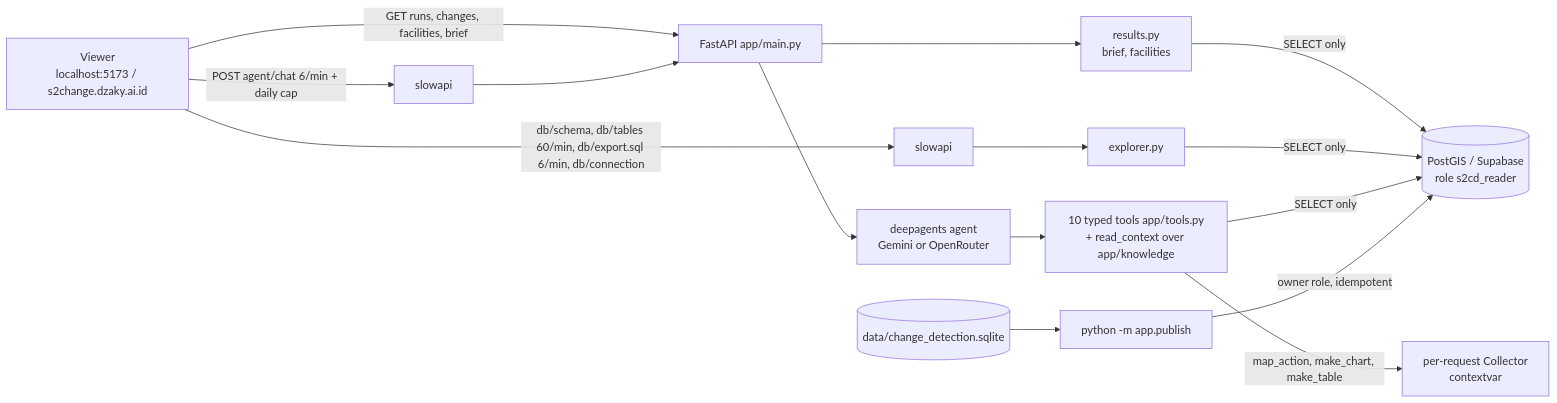
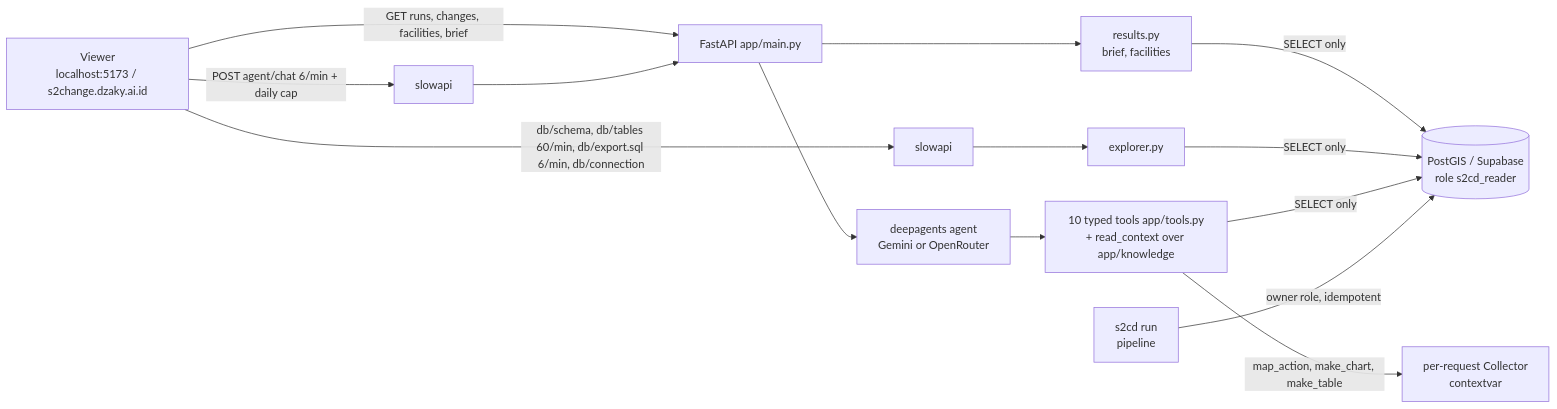
Before and after one commit to dzakybd/s2change: the diagram in app/README.md, drawn with Mermaid. The commit also changed other lines of this file and 51 other files, not shown here.

````diff
--- a/app/README.md
+++ b/app/README.md
@@ -5,17 +5,16 @@
 ```mermaid
 flowchart LR
   UI[Viewer<br/>localhost:5173 / s2change.dzaky.ai.id] -->|GET runs, changes, facilities, brief| API[FastAPI app/main.py]
   UI -->|db/schema, db/tables 60/min, db/export.sql 6/min, db/connection| RLD[slowapi]
   UI -->|POST agent/chat 6/min + daily cap| RLA[slowapi]
   RLD --> EXP[explorer.py]
   RLA --> API
   API --> RES[results.py<br/>brief, facilities]
   API --> AG[deepagents agent<br/>Gemini or OpenRouter]
   AG --> T[10 typed tools app/tools.py<br/>+ read_context over app/knowledge]
   RES -->|SELECT only| DB[(PostGIS / Supabase<br/>role s2cd_reader)]
   EXP -->|SELECT only| DB
   T -->|SELECT only| DB
   T -->|map_action, make_chart, make_table| C[per-request Collector<br/>contextvar]
-  PUB[python -m app.publish] -->|owner role, idempotent| DB
-  SQ[(data/change_detection.sqlite)] --> PUB
+  PUB[s2cd run<br/>pipeline] -->|owner role, idempotent| DB
 ```
````
